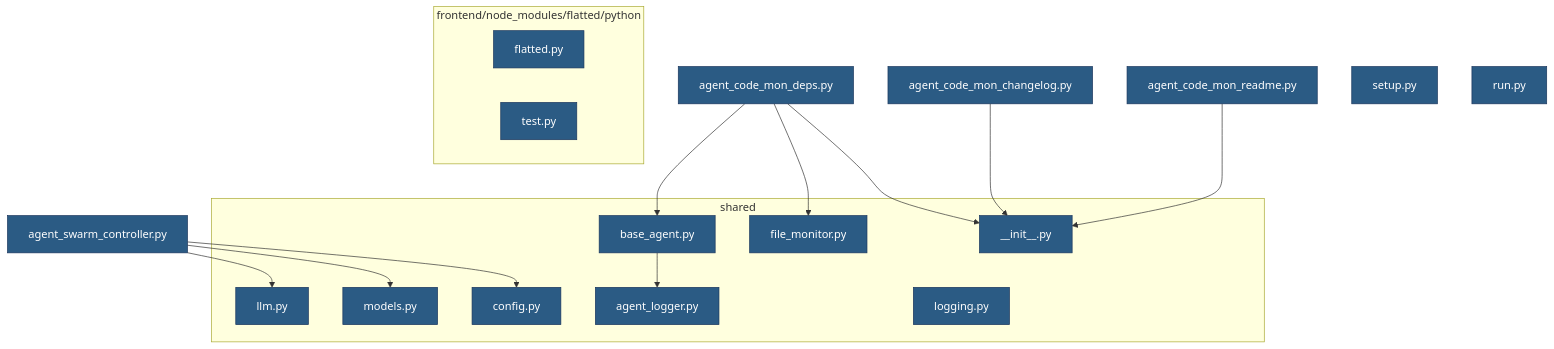
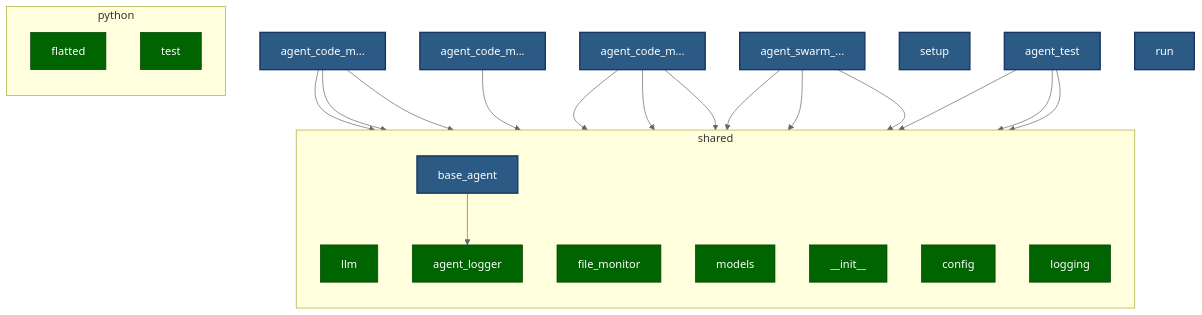
Before and after one commit to admica/code_swarm: the diagram in dependency_graph.md, drawn with Mermaid. The commit also changed other lines of this file and 10 other files, not shown here.

Commit message:
better graphs

````diff
--- a/dependency_graph.md
+++ b/dependency_graph.md
@@ -5,34 +5,52 @@
 ```mermaid
-graph TD
-    classDef python fill:#2b5b84,stroke:#1a365d,color:#fff;
-    classDef lua fill:#000080,stroke:#000066,color:#fff;
-    subgraph frontend_node_modules_flatted_python[frontend/node_modules/flatted/python]
-        frontend_node_modules_flatted_python_flatted[flatted.py]:::python
-        frontend_node_modules_flatted_python_test[test.py]:::python
+graph TB
+    %% Node styles
+    classDef python fill:#2b5b84,stroke:#1a365d,color:#fff,stroke-width:2px;
+    classDef lua fill:#000080,stroke:#000066,color:#fff,stroke-width:2px;
+    classDef heavy_deps fill:#8b0000,stroke:#580000,color:#fff,stroke-width:3px;
+    classDef light_deps fill:#006400,stroke:#004100,color:#fff,stroke-width:1px;
+
+    %% Link styles
+    linkStyle default stroke:#666,stroke-width:1px;
+    subgraph shared[shared]
+    direction TB
+        shared_llm.py[llm]:::light_deps
+        shared_base_agent.py[base_agent]:::python
+        shared_file_monitor.py[file_monitor]:::light_deps
+        shared_models.py[models]:::light_deps
+        shared___init__.py[__init__]:::light_deps
+        shared_config.py[config]:::light_deps
+        shared_agent_logger.py[agent_logger]:::light_deps
+        shared_logging.py[logging]:::light_deps
     end
-    subgraph shared[shared]
-        shared_llm[llm.py]:::python
-        shared_base_agent[base_agent.py]:::python
-        shared_file_monitor[file_monitor.py]:::python
-        shared_models[models.py]:::python
-        shared___init__[__init__.py]:::python
-        shared_config[config.py]:::python
-        shared_agent_logger[agent_logger.py]:::python
-        shared_logging[logging.py]:::python
+    subgraph frontend_node_modules_flatted_python[python]
+    direction TB
+        frontend_node_modules_flatted_python_flatted.py[flatted]:::light_deps
+        frontend_node_modules_flatted_python_test.py[test]:::light_deps
     end
-    agent_code_mon_readme[agent_code_mon_readme.py]:::python
-    agent_code_mon_changelog[agent_code_mon_changelog.py]:::python
-    agent_code_mon_deps[agent_code_mon_deps.py]:::python
-    agent_swarm_controller[agent_swarm_controller.py]:::python
-    setup[setup.py]:::python
-    run[run.py]:::python
-    agent_code_mon_readme --> shared___init__
-    agent_code_mon_changelog --> shared___init__
-    agent_code_mon_deps --> shared___init__
-    agent_code_mon_deps --> shared_file_monitor
-    agent_code_mon_deps --> shared_base_agent
-    agent_swarm_controller --> shared_llm
-    agent_swarm_controller --> shared_config
-    agent_swarm_controller --> shared_models
-    shared_base_agent --> shared_agent_logger
+
+    %% Root directory files
+    agent_code_mon_readme.py[agent_code_m...]:::python
+    agent_code_mon_changelog.py[agent_code_m...]:::python
+    agent_code_mon_deps.py[agent_code_m...]:::python
+    agent_swarm_controller.py[agent_swarm_...]:::python
+    setup.py[setup]:::python
+    agent_test.py[agent_test]:::python
+    run.py[run]:::python
+
+    %% Dependencies
+    agent_code_mon_readme.py ==> shared___init__.py
+    agent_code_mon_readme.py ==> shared_base_agent.py
+    agent_code_mon_readme.py ==> shared_file_monitor.py
+    agent_code_mon_changelog.py ==> shared___init__.py
+    agent_code_mon_deps.py ==> shared_base_agent.py
+    agent_code_mon_deps.py ==> shared_file_monitor.py
+    agent_code_mon_deps.py ==> shared___init__.py
+    agent_swarm_controller.py ==> shared_llm.py
+    agent_swarm_controller.py ==> shared_config.py
+    agent_swarm_controller.py ==> shared_models.py
+    agent_test.py ==> shared_base_agent.py
+    agent_test.py ==> shared_file_monitor.py
+    agent_test.py ==> shared___init__.py
+    shared_base_agent.py ==> shared_agent_logger.py
 ```
````
